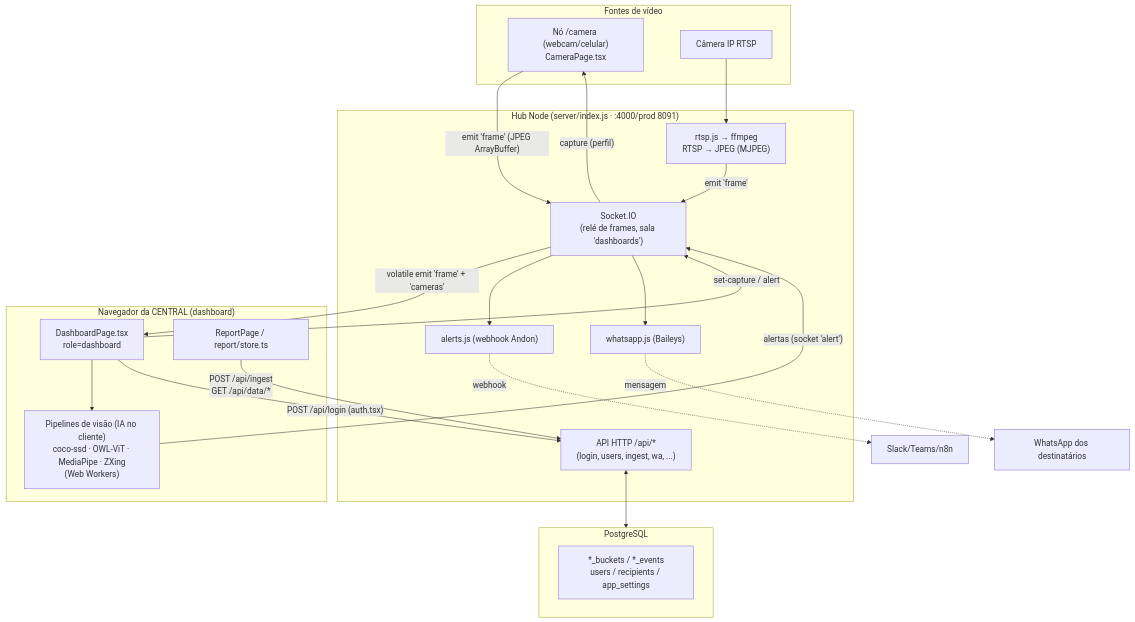
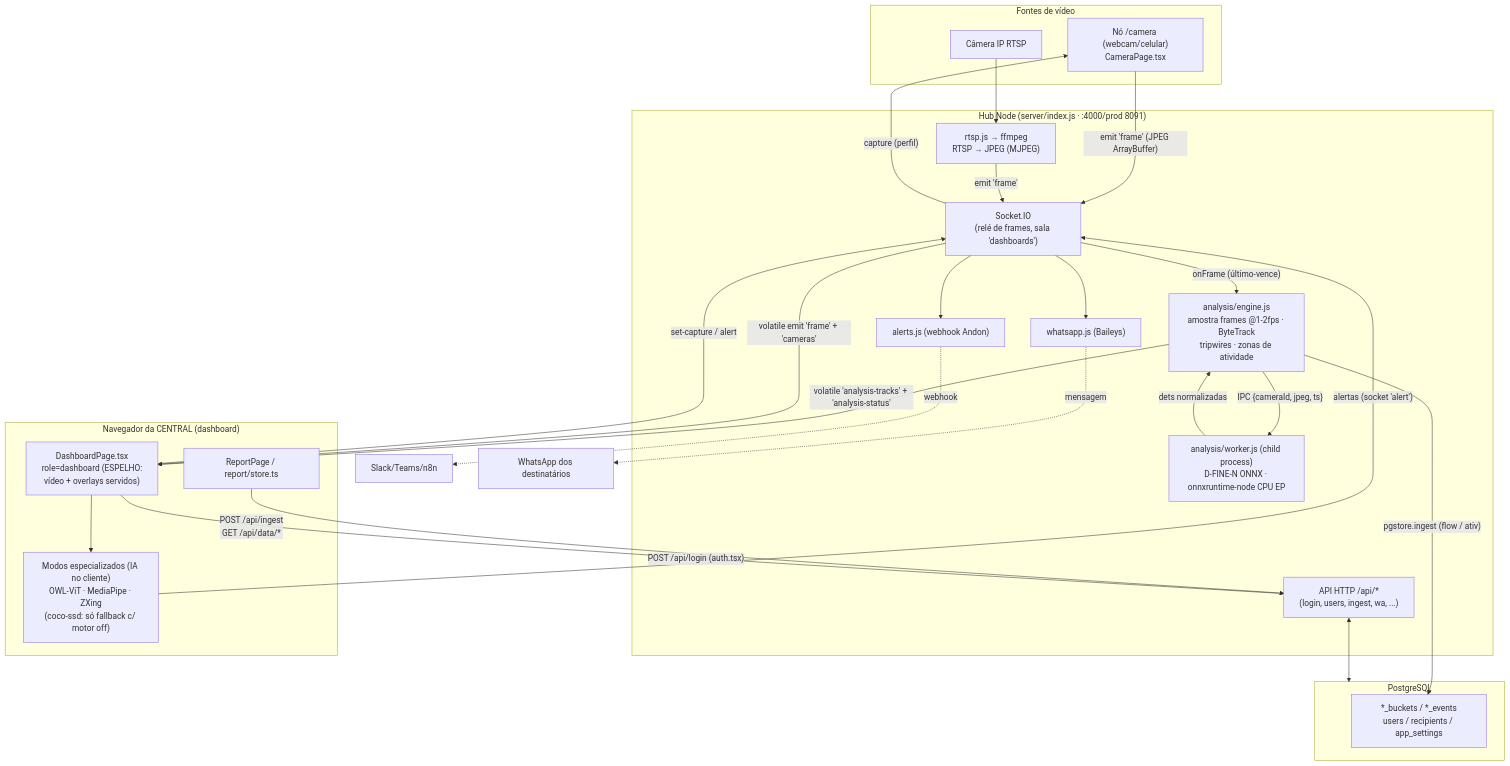
Before and after one commit to OrganizacaoBox3/IA_visao_camera_patio: the diagram in docs-regenerada/01-visao-geral-arquitetura.md, drawn with Mermaid. The commit also changed other lines of this file and 3 other files, not shown here.

````diff
--- a/docs-regenerada/01-visao-geral-arquitetura.md
+++ b/docs-regenerada/01-visao-geral-arquitetura.md
@@ -65,40 +74,47 @@
 ```mermaid
 flowchart TB
     subgraph Cameras["Fontes de vídeo"]
         CAM["Nó /camera (webcam/celular)\nCameraPage.tsx"]
         IP["Câmera IP RTSP"]
     end
 
     subgraph Hub["Hub Node (server/index.js · :4000/prod 8091)"]
         SIO["Socket.IO\n(relé de frames, sala 'dashboards')"]
         HTTP["API HTTP /api/*\n(login, users, ingest, wa, ...)"]
         FFMPEG["rtsp.js → ffmpeg\nRTSP → JPEG (MJPEG)"]
+        ENGINE["analysis/engine.js\namostra frames @1-2fps · ByteTrack\ntripwires · zonas de atividade"]
+        WORKER["analysis/worker.js (child process)\nD-FINE-N ONNX · onnxruntime-node CPU EP"]
         WA["whatsapp.js (Baileys)"]
         AND["alerts.js (webhook Andon)"]
     end
 
     subgraph PG["PostgreSQL"]
         BUCKETS["*_buckets / *_events\nusers / recipients / app_settings"]
     end
 
     subgraph Browser["Navegador da CENTRAL (dashboard)"]
-        DASH["DashboardPage.tsx\nrole=dashboard"]
-        AI["Pipelines de visão (IA no cliente)\ncoco-ssd · OWL-ViT · MediaPipe · ZXing\n(Web Workers)"]
+        DASH["DashboardPage.tsx\nrole=dashboard (ESPELHO:\nvídeo + overlays servidos)"]
+        AI["Modos especializados (IA no cliente)\nOWL-ViT · MediaPipe · ZXing\n(coco-ssd: só fallback c/ motor off)"]
         REPORT["ReportPage / report/store.ts"]
     end
 
     CAM -- "emit 'frame' (JPEG ArrayBuffer)" --> SIO
     IP --> FFMPEG -- "emit 'frame'" --> SIO
+    SIO -- "onFrame (último-vence)" --> ENGINE
+    ENGINE -- "IPC {cameraId, jpeg, ts}" --> WORKER
+    WORKER -- "dets normalizadas" --> ENGINE
+    ENGINE -- "pgstore.ingest (flow / ativ)" --> BUCKETS
+    ENGINE -- "volatile 'analysis-tracks' + 'analysis-status'" --> DASH
     SIO -- "volatile emit 'frame' + 'cameras'" --> DASH
     DASH -- "set-capture / alert" --> SIO
     SIO -- "capture (perfil)" --> CAM
     DASH --> AI
     AI -- "alertas (socket 'alert')" --> SIO
     AND -. webhook .-> EXT["Slack/Teams/n8n"]
     WA -. mensagem .-> ZAP["WhatsApp dos destinatários"]
     SIO --> AND
     SIO --> WA
     REPORT -- "POST /api/ingest\nGET /api/data/*" --> HTTP
     HTTP <--> PG
     DASH -- "POST /api/login (auth.tsx)" --> HTTP
 ```
````
